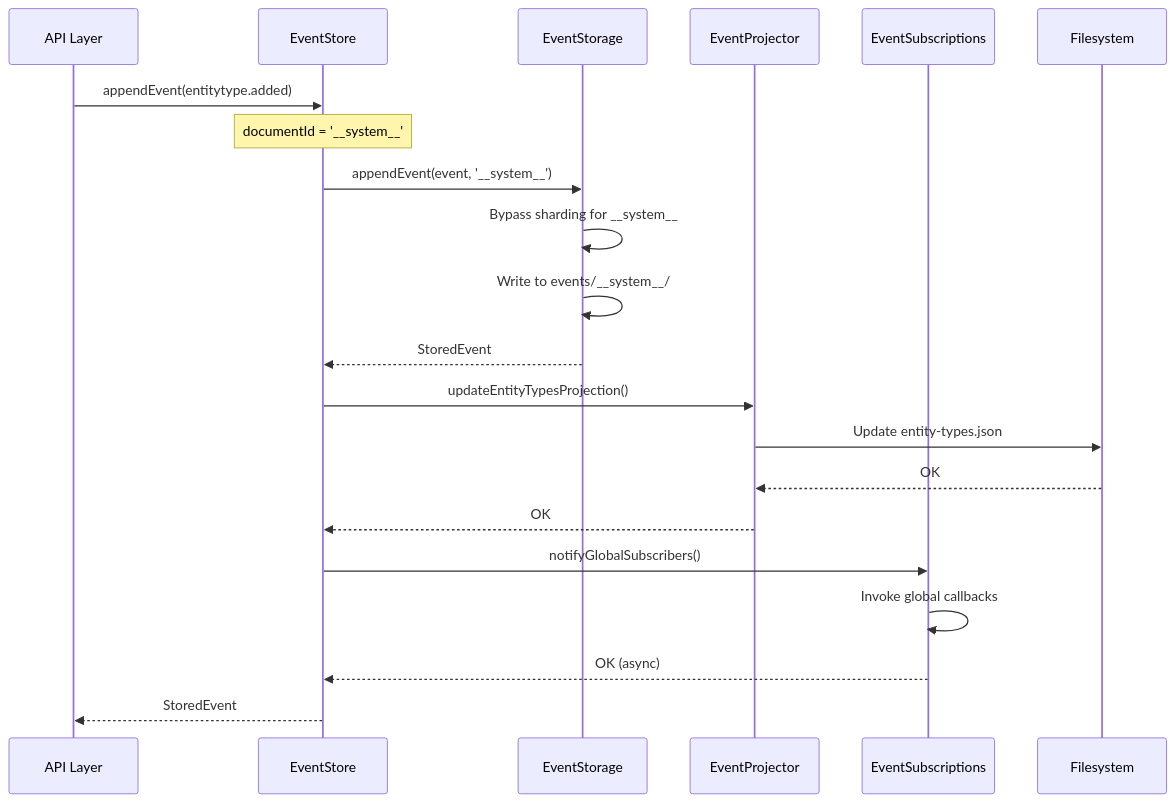
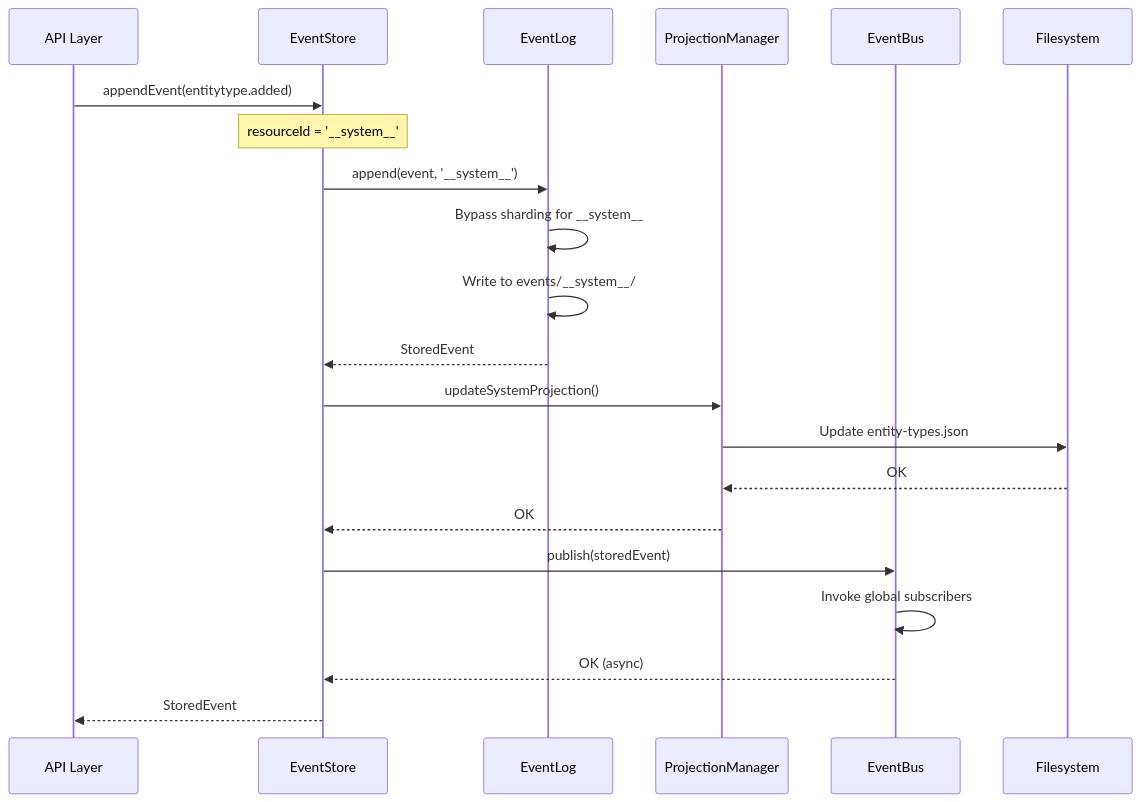
One commit to The-AI-Alliance/semiont changed the second of 2 diagrams in docs/services/EVENT-STORE.md. Above: the diagram before and after it, drawn with Mermaid. The commit also changed other lines of this file and 19 other files, not shown here.

````diff
--- a/docs/services/EVENT-STORE.md
+++ b/docs/services/EVENT-STORE.md
@@ -443,27 +586,27 @@
 ```mermaid
 sequenceDiagram
     participant API as API Layer
     participant ES as EventStore
-    participant Storage as EventStorage
-    participant Projector as EventProjector
-    participant Subs as EventSubscriptions
+    participant Log as EventLog
+    participant PM as ProjectionManager
+    participant Bus as EventBus
     participant FS as Filesystem
 
     API->>ES: appendEvent(entitytype.added)
-    Note over ES: documentId = '__system__'
-    ES->>Storage: appendEvent(event, '__system__')
-    Storage->>Storage: Bypass sharding for __system__
-    Storage->>Storage: Write to events/__system__/
-    Storage-->>ES: StoredEvent
+    Note over ES: resourceId = '__system__'
+    ES->>Log: append(event, '__system__')
+    Log->>Log: Bypass sharding for __system__
+    Log->>Log: Write to events/__system__/
+    Log-->>ES: StoredEvent
 
-    ES->>Projector: updateEntityTypesProjection()
-    Projector->>FS: Update entity-types.json
-    FS-->>Projector: OK
-    Projector-->>ES: OK
+    ES->>PM: updateSystemProjection()
+    PM->>FS: Update entity-types.json
+    FS-->>PM: OK
+    PM-->>ES: OK
 
-    ES->>Subs: notifyGlobalSubscribers()
-    Subs->>Subs: Invoke global callbacks
-    Subs-->>ES: OK (async)
+    ES->>Bus: publish(storedEvent)
+    Bus->>Bus: Invoke global subscribers
+    Bus-->>ES: OK (async)
 
     ES-->>API: StoredEvent
 ```
````
